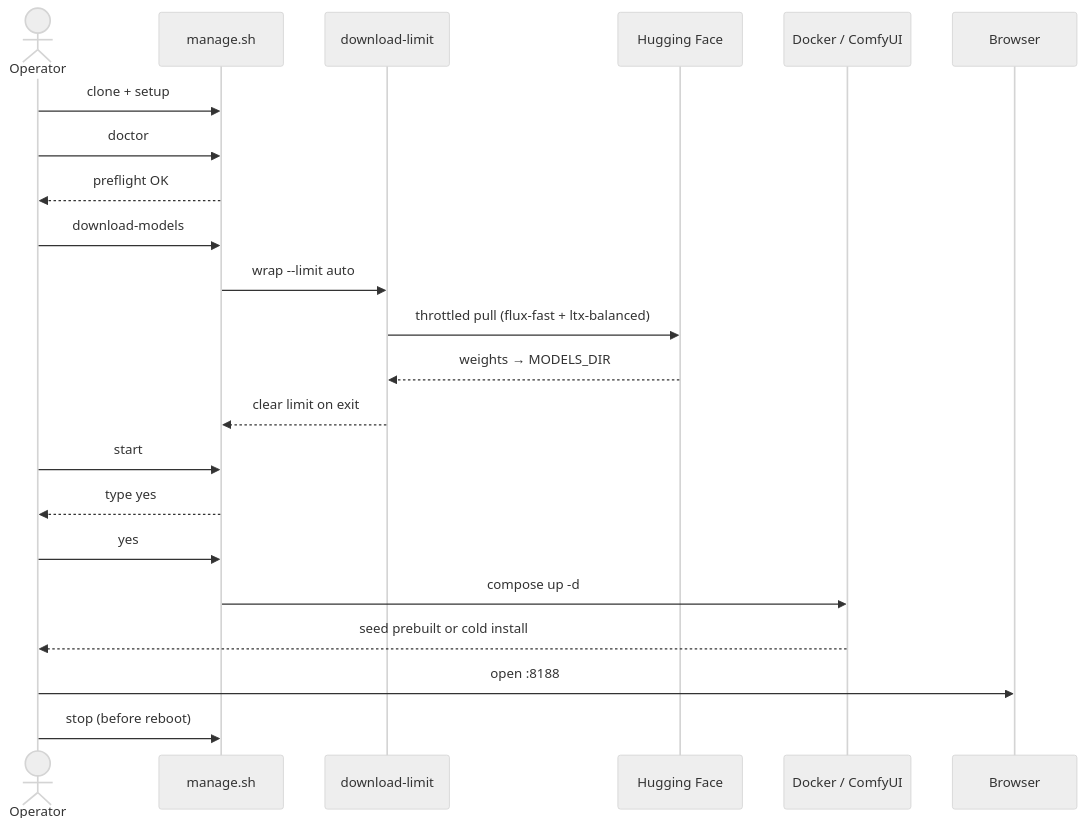
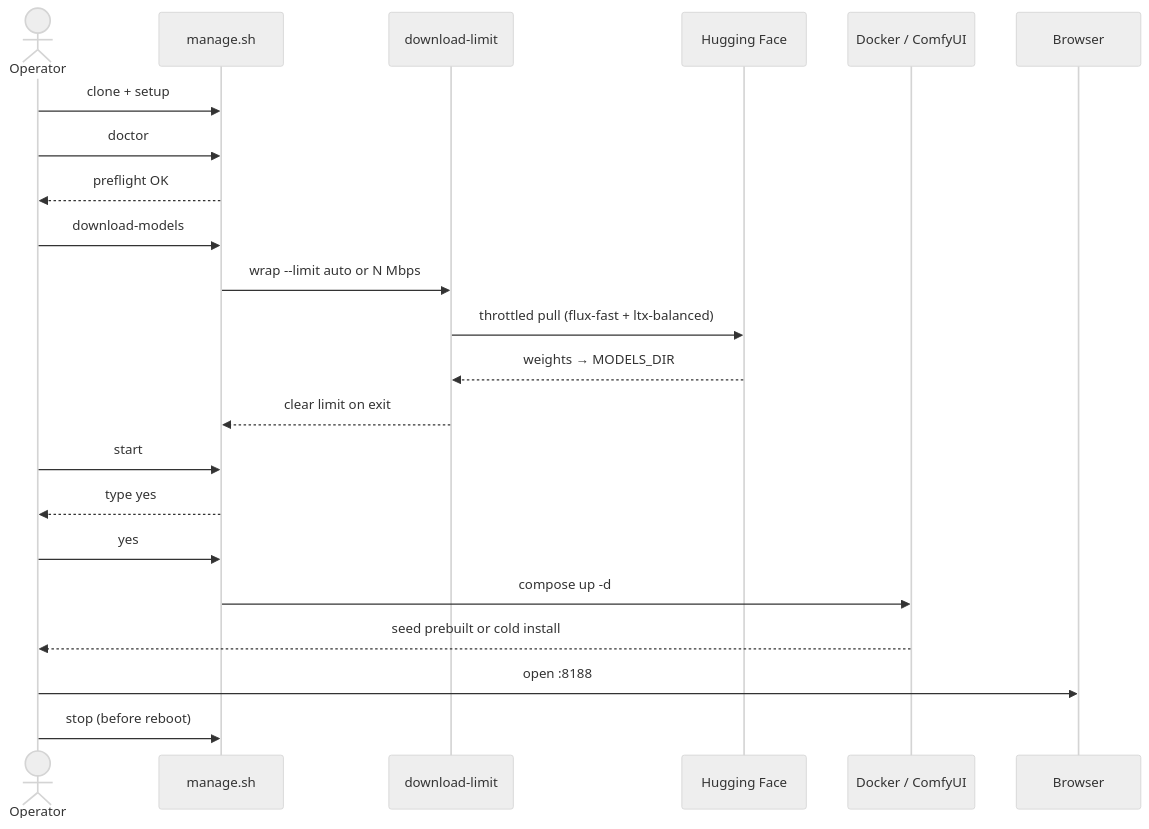
Before and after one commit to toxicoder/ez-comfy-stack: the second of 3 diagrams in docs/getting-started.md, drawn with Mermaid (neutral theme). The commit also changed other lines of this file and 5 other files, not shown here.

````diff
--- a/docs/getting-started.md
+++ b/docs/getting-started.md
@@ -451,25 +453,25 @@
     ```mermaid
     sequenceDiagram
       actor Op as Operator
       participant M as manage.sh
       participant DL as download-limit
       participant HF as Hugging Face
       participant D as Docker / ComfyUI
       participant B as Browser
 
       Op->>M: clone + setup
       Op->>M: doctor
       M-->>Op: preflight OK
       Op->>M: download-models
-      M->>DL: wrap --limit auto
+      M->>DL: wrap --limit auto or N Mbps
       DL->>HF: throttled pull (flux-fast + ltx-balanced)
       HF-->>DL: weights → MODELS_DIR
       DL-->>M: clear limit on exit
       Op->>M: start
       M-->>Op: type yes
       Op->>M: yes
       M->>D: compose up -d
       D-->>Op: seed prebuilt or cold install
       Op->>B: open :8188
       Op->>M: stop (before reboot)
     ```
````
